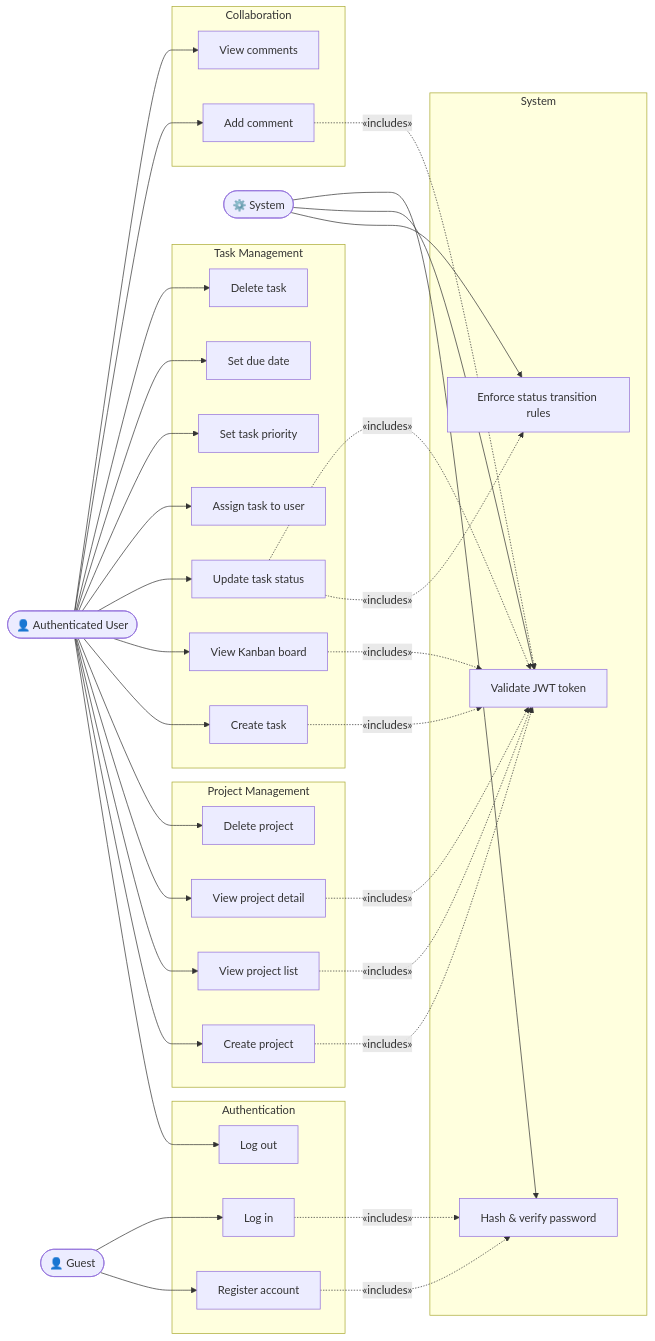
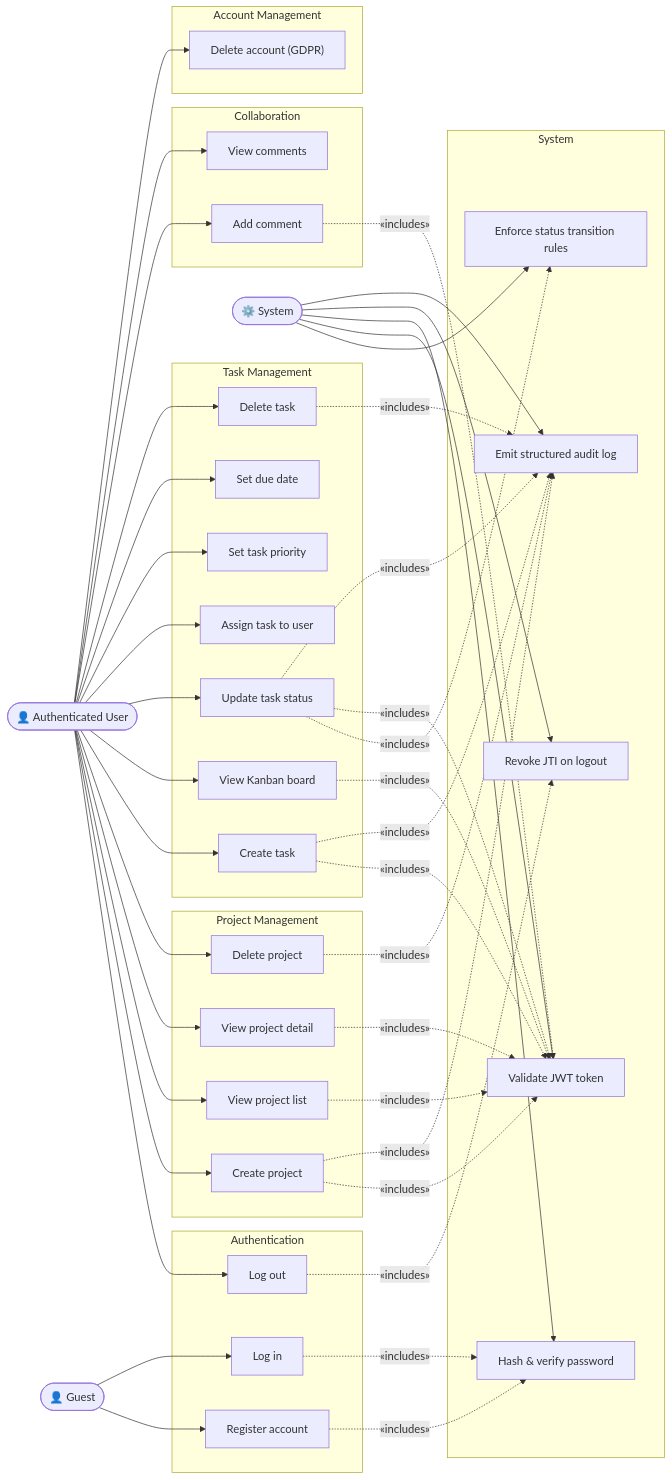
Before and after one commit to jaricsng/ai-assisted-devops-labs: the second of 11 diagrams in docs/diagrams.md, drawn with Mermaid. The commit also changed other lines of this file and 260 other files, not shown here.

First line of the commit message:
feat: complete solution sync — tests, CI/CD workflows, schemas, and docs

````diff
--- a/docs/diagrams.md
+++ b/docs/diagrams.md
@@ -58,66 +72,78 @@
 ```mermaid
 graph LR
     Guest(["👤 Guest"])
     AuthUser(["👤 Authenticated User"])
     System(["⚙️ System"])
 
     subgraph AuthUseCases["Authentication"]
         UC1["Register account"]
         UC2["Log in"]
         UC3["Log out"]
     end
 
     subgraph ProjectUseCases["Project Management"]
         UC4["Create project"]
         UC5["View project list"]
         UC6["View project detail"]
         UC7["Delete project"]
     end
 
     subgraph TaskUseCases["Task Management"]
         UC8["Create task"]
         UC9["View Kanban board"]
         UC10["Update task status"]
         UC11["Assign task to user"]
         UC12["Set task priority"]
         UC13["Set due date"]
         UC14["Delete task"]
     end
 
     subgraph CommentUseCases["Collaboration"]
         UC15["Add comment"]
         UC16["View comments"]
     end
 
     subgraph SystemUseCases["System"]
         UC17["Enforce status transition rules"]
         UC18["Validate JWT token"]
         UC19["Hash & verify password"]
+        UC20["Revoke JTI on logout"]
+        UC21["Emit structured audit log"]
     end
 
     Guest --> UC1
     Guest --> UC2
 
     AuthUser --> UC3
     AuthUser --> UC4
     AuthUser --> UC5
     AuthUser --> UC6
     AuthUser --> UC7
     AuthUser --> UC8
     AuthUser --> UC9
     AuthUser --> UC10
     AuthUser --> UC11
     AuthUser --> UC12
     AuthUser --> UC13
     AuthUser --> UC14
     AuthUser --> UC15
     AuthUser --> UC16
 
+    subgraph AccountUseCases["Account Management"]
+        UC22["Delete account (GDPR)"]
+    end
+
+    AuthUser --> UC22
+
     UC10 -.->|"«includes»"| UC17
     UC4 & UC5 & UC6 & UC8 & UC9 & UC10 & UC15 -.->|"«includes»"| UC18
     UC1 & UC2 -.->|"«includes»"| UC19
+    UC3 -.->|"«includes»"| UC20
+    UC4 & UC7 & UC8 & UC10 & UC14 -.->|"«includes»"| UC21
 
     System --> UC17
     System --> UC18
     System --> UC19
+    System --> UC20
+    System --> UC21
 ```
````
